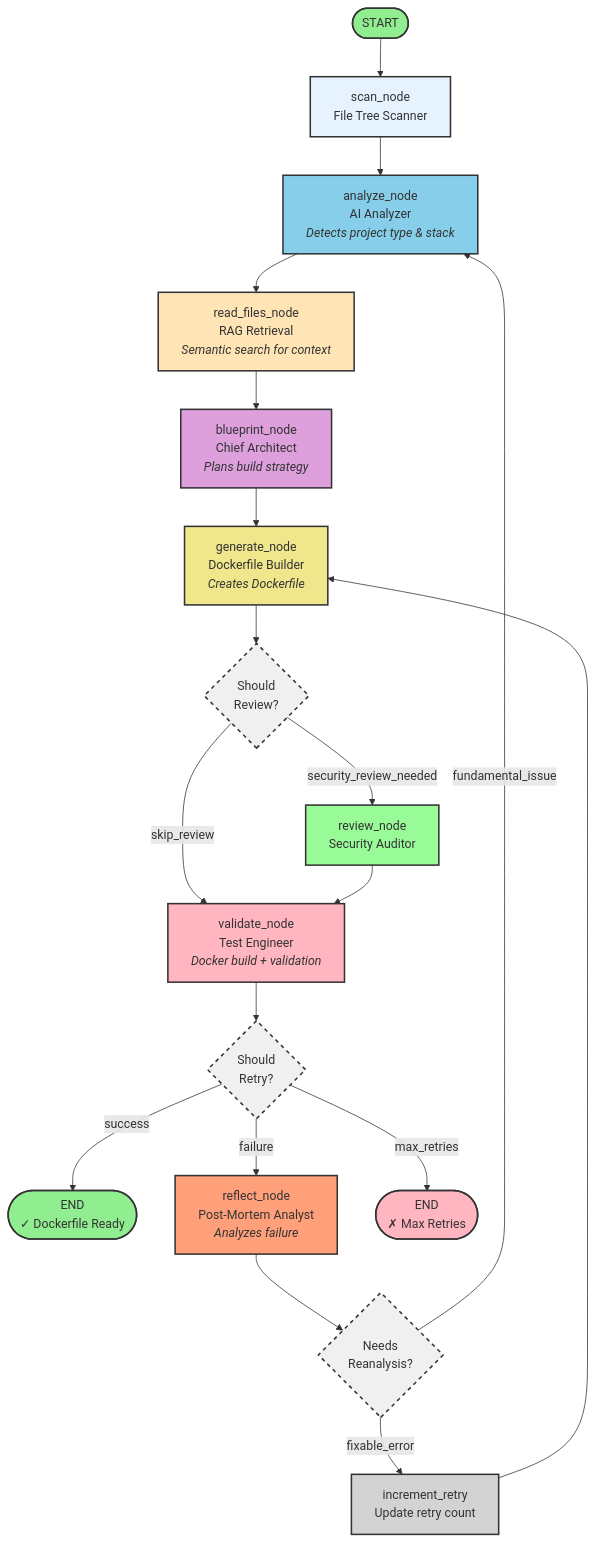
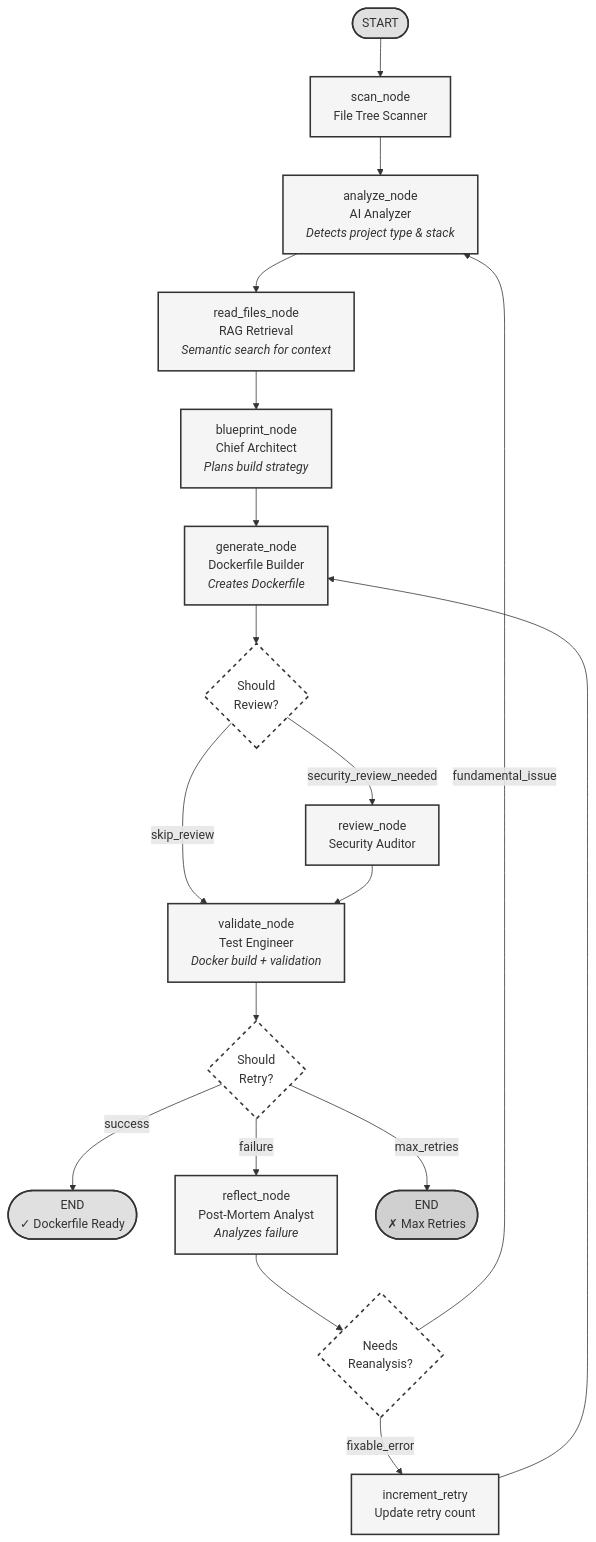
The second of 2 diagrams in docs/architecture.md (actions-marketplace-validations/itzzjb_dockai), drawn with Mermaid before and after one commit. The commit also changed other lines of this file and 5 other files, not shown here.

Commit message:
feat: set up Jekyll documentation site with GitHub Pages deployment and updated Mermaid diagram styles.

````diff
--- a/docs/architecture.md
+++ b/docs/architecture.md
@@ -97,41 +97,41 @@
 ```mermaid
 flowchart TD
     Start([START]) --> Scan[scan_node<br/>File Tree Scanner]
     Scan --> Analyze[analyze_node<br/>AI Analyzer<br/><i>Detects project type & stack</i>]
     Analyze --> ReadFiles[read_files_node<br/>RAG Retrieval<br/><i>Semantic search for context</i>]
     ReadFiles --> Blueprint[blueprint_node<br/>Chief Architect<br/><i>Plans build strategy</i>]
     Blueprint --> Generate[generate_node<br/>Dockerfile Builder<br/><i>Creates Dockerfile</i>]
     
     Generate --> ShouldReview{Should<br/>Review?}
     ShouldReview -->|security_review_needed| Review[review_node<br/>Security Auditor]
     ShouldReview -->|skip_review| Validate
     
     Review --> Validate[validate_node<br/>Test Engineer<br/><i>Docker build + validation</i>]
     
     Validate --> ShouldRetry{Should<br/>Retry?}
     ShouldRetry -->|success| End([END<br/>✓ Dockerfile Ready])
     ShouldRetry -->|failure| Reflect[reflect_node<br/>Post-Mortem Analyst<br/><i>Analyzes failure</i>]
     ShouldRetry -->|max_retries| Stop([END<br/>✗ Max Retries])
     
     Reflect --> NeedsReanalysis{Needs<br/>Reanalysis?}
     NeedsReanalysis -->|fundamental_issue| Analyze
     NeedsReanalysis -->|fixable_error| Increment[increment_retry<br/>Update retry count]
     
     Increment --> Generate
     
-    style Start fill:#90EE90,stroke:#333,stroke-width:2px
-    style End fill:#90EE90,stroke:#333,stroke-width:2px
-    style Stop fill:#FFB6C1,stroke:#333,stroke-width:2px
-    style Scan fill:#E6F3FF,stroke:#333,stroke-width:2px
-    style Analyze fill:#87CEEB,stroke:#333,stroke-width:2px
-    style ReadFiles fill:#FFE4B5,stroke:#333,stroke-width:2px
-    style Blueprint fill:#DDA0DD,stroke:#333,stroke-width:2px
-    style Generate fill:#F0E68C,stroke:#333,stroke-width:2px
-    style Review fill:#98FB98,stroke:#333,stroke-width:2px
-    style Validate fill:#FFB6C1,stroke:#333,stroke-width:2px
-    style Reflect fill:#FFA07A,stroke:#333,stroke-width:2px
-    style Increment fill:#D3D3D3,stroke:#333,stroke-width:2px
-    style ShouldReview fill:#F0F0F0,stroke:#333,stroke-width:2px,stroke-dasharray: 5 5
-    style ShouldRetry fill:#F0F0F0,stroke:#333,stroke-width:2px,stroke-dasharray: 5 5
-    style NeedsReanalysis fill:#F0F0F0,stroke:#333,stroke-width:2px,stroke-dasharray: 5 5
+    style Start fill:#e0e0e0,stroke:#333,stroke-width:2px
+    style End fill:#e0e0e0,stroke:#333,stroke-width:2px
+    style Stop fill:#d0d0d0,stroke:#333,stroke-width:2px
+    style Scan fill:#f5f5f5,stroke:#333,stroke-width:2px
+    style Analyze fill:#f5f5f5,stroke:#333,stroke-width:2px
+    style ReadFiles fill:#f5f5f5,stroke:#333,stroke-width:2px
+    style Blueprint fill:#f5f5f5,stroke:#333,stroke-width:2px
+    style Generate fill:#f5f5f5,stroke:#333,stroke-width:2px
+    style Review fill:#f5f5f5,stroke:#333,stroke-width:2px
+    style Validate fill:#f5f5f5,stroke:#333,stroke-width:2px
+    style Reflect fill:#f5f5f5,stroke:#333,stroke-width:2px
+    style Increment fill:#f5f5f5,stroke:#333,stroke-width:2px
+    style ShouldReview fill:#ffffff,stroke:#333,stroke-width:2px,stroke-dasharray:5 5
+    style ShouldRetry fill:#ffffff,stroke:#333,stroke-width:2px,stroke-dasharray:5 5
+    style NeedsReanalysis fill:#ffffff,stroke:#333,stroke-width:2px,stroke-dasharray:5 5
 ```
````
